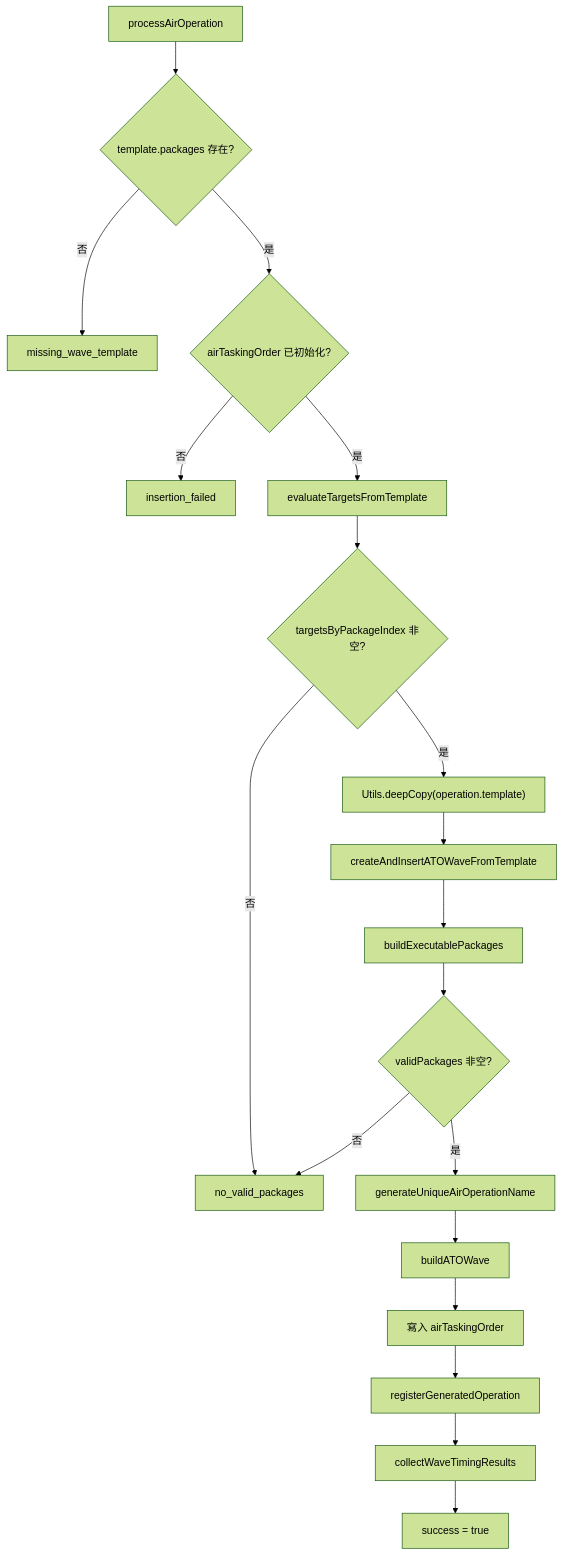
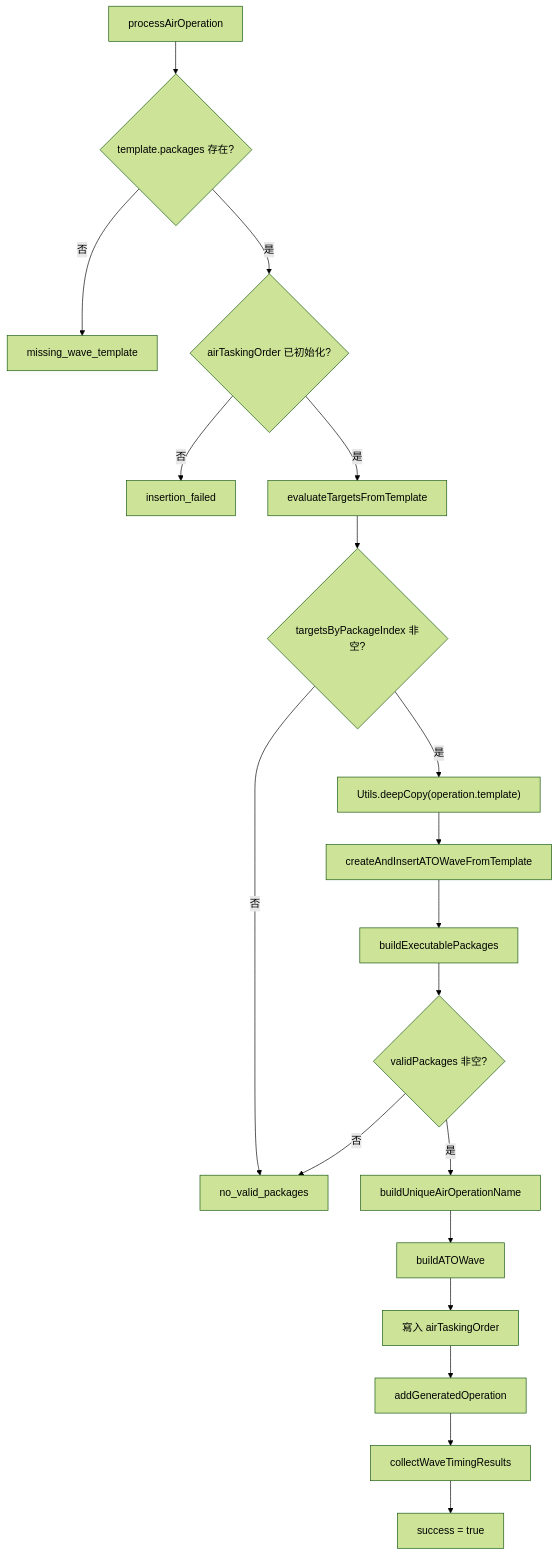
Before and after one commit to pullupjumper/formosa-in-flames: the second of 2 diagrams in docs/strikePlanner/atoBuilder.md, drawn with Mermaid (forest theme). The commit also changed other lines of this file and 93 other files, not shown here.

````diff
--- a/docs/strikePlanner/atoBuilder.md
+++ b/docs/strikePlanner/atoBuilder.md
@@ -69,31 +69,31 @@
 ```mermaid
 flowchart TD
     ENTRY["processAirOperation"]
     TEMPLATE{"template.packages 存在?"}
     ATO{"airTaskingOrder 已初始化?"}
     TARGETS["evaluateTargetsFromTemplate"]
     HAS_TARGETS{"targetsByPackageIndex 非空?"}
     COPY["Utils.deepCopy(operation.template)"]
     CREATE["createAndInsertATOWaveFromTemplate"]
     BUILD["buildExecutablePackages"]
     HAS_PKG{"validPackages 非空?"}
-    NAME["generateUniqueAirOperationName"]
+    NAME["buildUniqueAirOperationName"]
     WAVE["buildATOWave"]
     INSERT["寫入 airTaskingOrder"]
-    REGISTER["registerGeneratedOperation"]
+    REGISTER["addGeneratedOperation"]
     TIMING["collectWaveTimingResults"]
     OK["success = true"]
     ERR["missing_wave_template"]
     FAIL["insertion_failed"]
     SKIP["no_valid_packages"]
 
     ENTRY --> TEMPLATE
     TEMPLATE -->|否| ERR
     TEMPLATE -->|是| ATO
     ATO -->|否| FAIL
     ATO -->|是| TARGETS --> HAS_TARGETS
     HAS_TARGETS -->|否| SKIP
     HAS_TARGETS -->|是| COPY --> CREATE --> BUILD --> HAS_PKG
     HAS_PKG -->|否| SKIP
     HAS_PKG -->|是| NAME --> WAVE --> INSERT --> REGISTER --> TIMING --> OK
 ```
````
